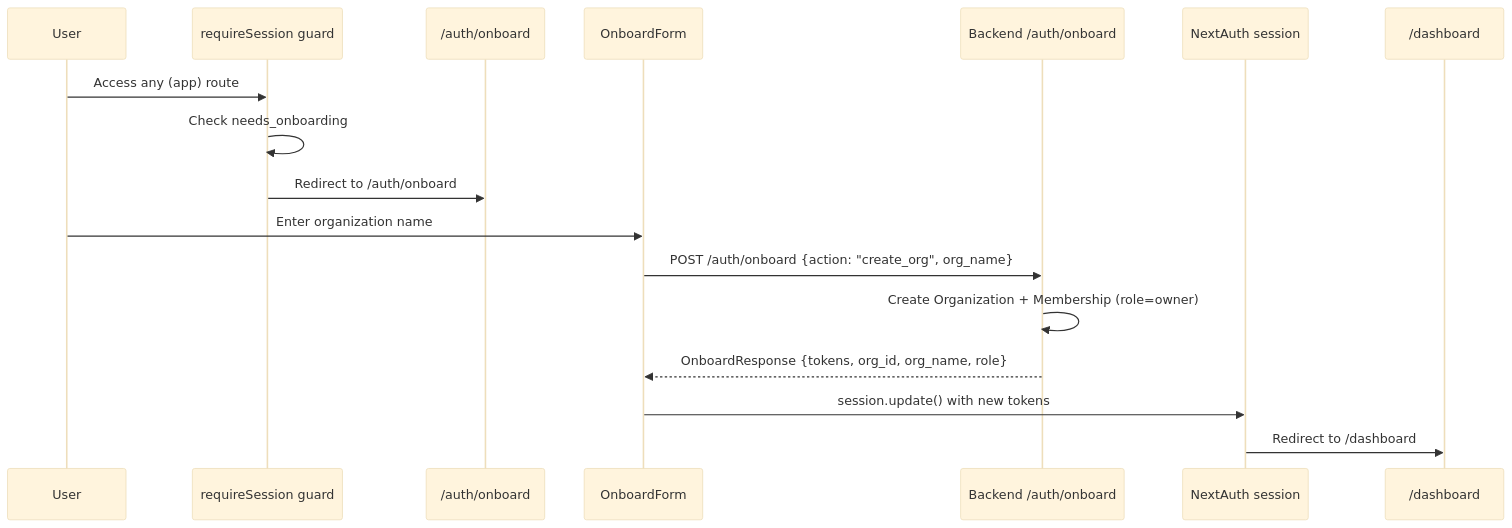
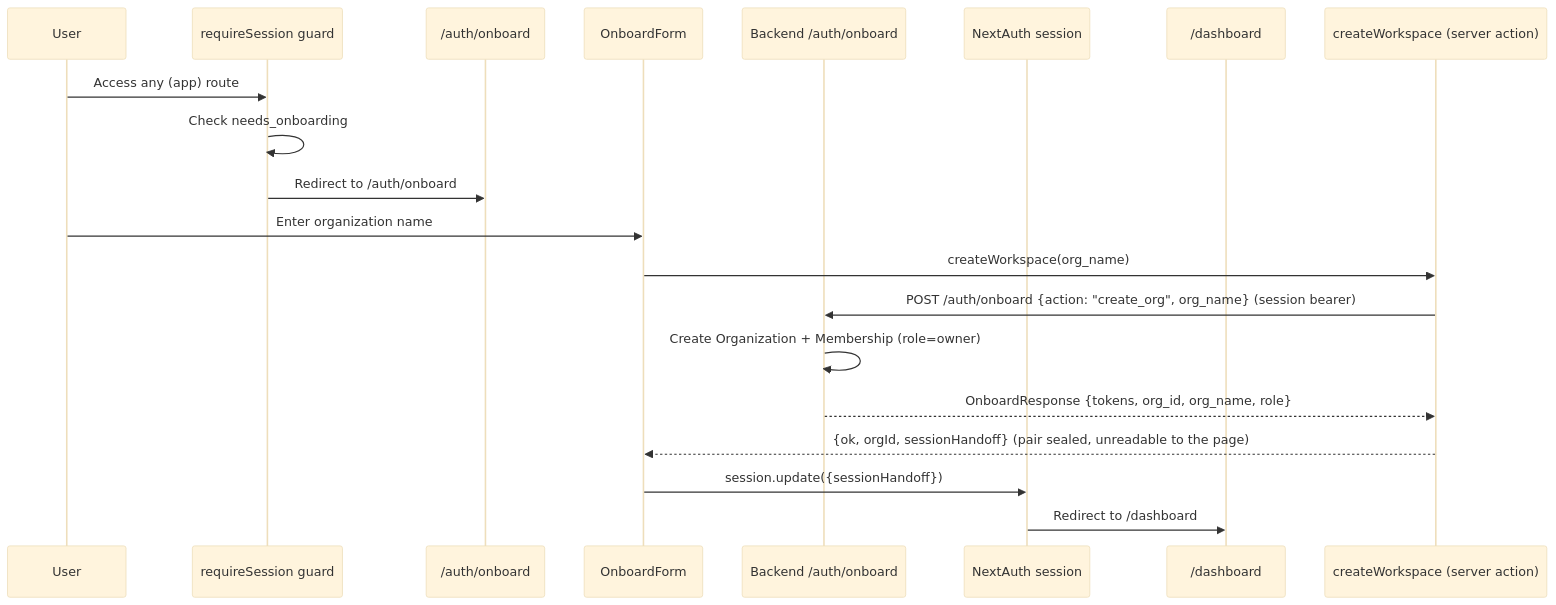
The seventh of 16 diagrams in docs/auth-system.md (full-chaos/dev-health-web), drawn with Mermaid (base theme) before and after one commit. The commit also changed other lines of this file and 31 other files, not shown here.

First line of the commit message:
fix(auth): CHAOS-12088 stop serving the Ops access token to page JS

````diff
--- a/docs/auth-system.md
+++ b/docs/auth-system.md
@@ -237,20 +260,24 @@
 ```mermaid
 sequenceDiagram
     participant U as User
     participant RS as requireSession guard
     participant O as /auth/onboard
     participant OF as OnboardForm
     participant B as Backend /auth/onboard
     participant S as NextAuth session
     participant D as /dashboard
 
     U->>RS: Access any (app) route
     RS->>RS: Check needs_onboarding
     RS->>O: Redirect to /auth/onboard
+    participant A as createWorkspace (server action)
+
     U->>OF: Enter organization name
-    OF->>B: POST /auth/onboard {action: "create_org", org_name}
+    OF->>A: createWorkspace(org_name)
+    A->>B: POST /auth/onboard {action: "create_org", org_name} (session bearer)
     B->>B: Create Organization + Membership (role=owner)
-    B-->>OF: OnboardResponse {tokens, org_id, org_name, role}
-    OF->>S: session.update() with new tokens
+    B-->>A: OnboardResponse {tokens, org_id, org_name, role}
+    A-->>OF: {ok, orgId, sessionHandoff} (pair sealed, unreadable to the page)
+    OF->>S: session.update({sessionHandoff})
     S->>D: Redirect to /dashboard
 ```
````
